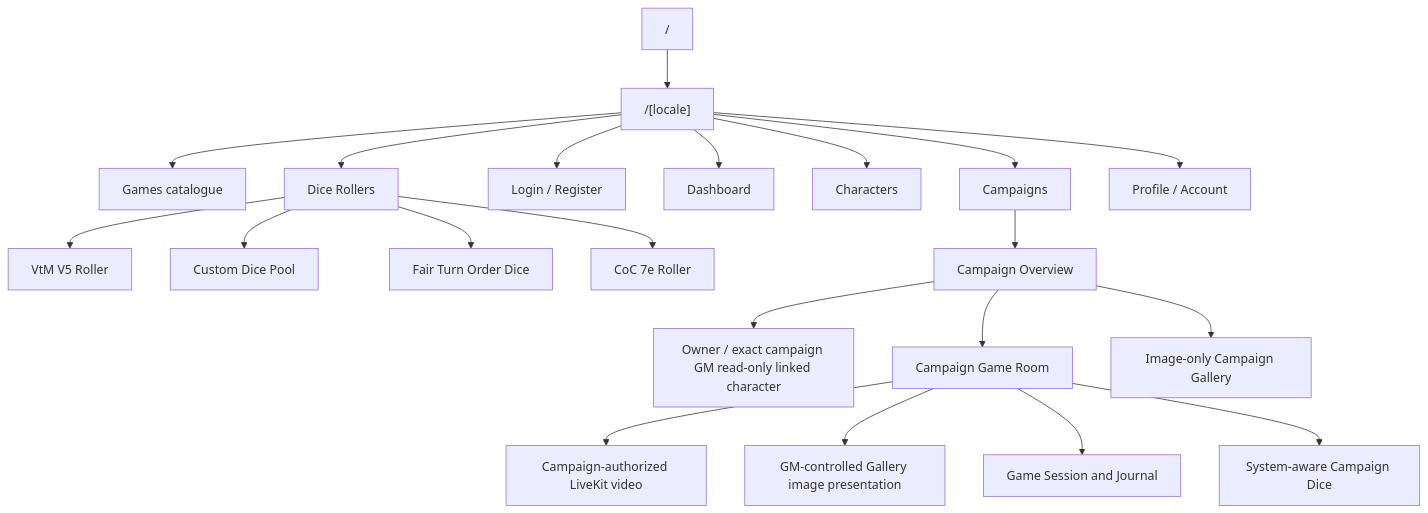
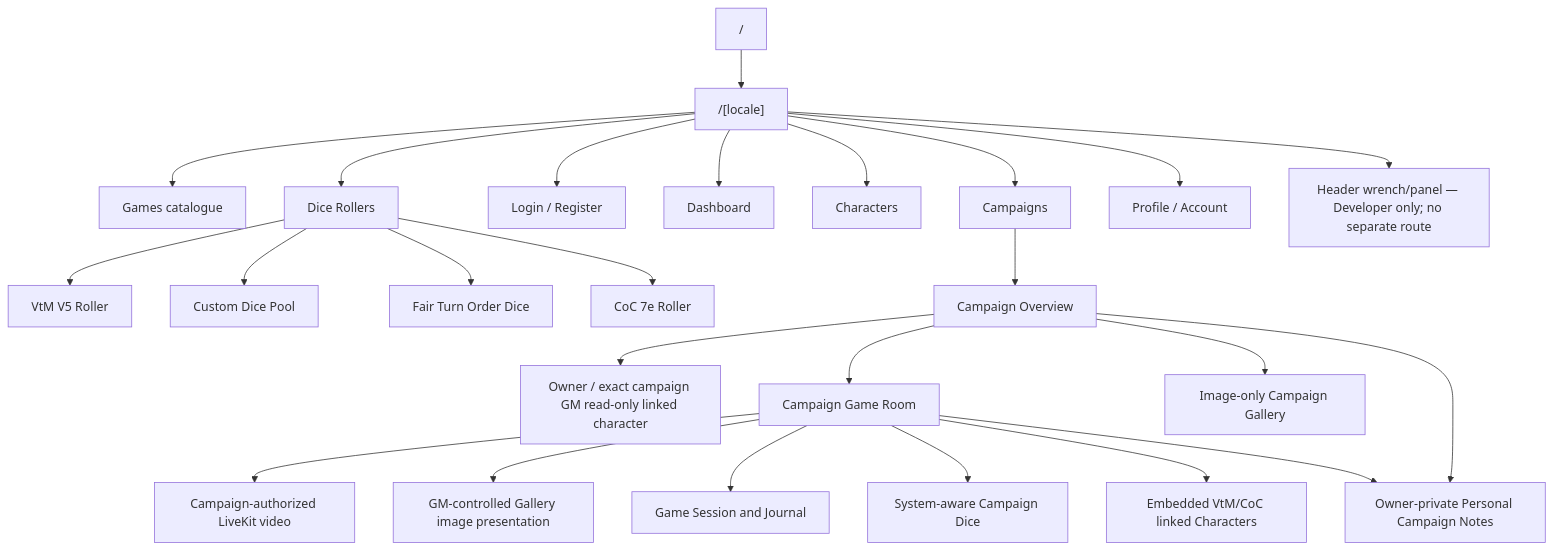
Before and after one commit to Andrey-0101/ttrpg-website: the diagram in docs/product/SITE_MAP.md, drawn with Mermaid. The commit also changed other lines of this file and 21 other files, not shown here.

````diff
--- a/docs/product/SITE_MAP.md
+++ b/docs/product/SITE_MAP.md
@@ -9,23 +9,27 @@
 ```mermaid
 flowchart TD
     ROOT["/"] --> LOCALE["/[locale]"]
     LOCALE --> GAMES["Games catalogue"]
     LOCALE --> DICE["Dice Rollers"]
     LOCALE --> AUTH["Login / Register"]
     LOCALE --> DASHBOARD["Dashboard"]
     LOCALE --> CHARACTERS["Characters"]
     LOCALE --> CAMPAIGNS["Campaigns"]
     LOCALE --> PROFILE["Profile / Account"]
     DICE --> VTM_DICE["VtM V5 Roller"]
     DICE --> CUSTOM_DICE["Custom Dice Pool"]
     DICE --> GO_FIRST_DICE["Fair Turn Order Dice"]
     DICE --> COC_DICE["CoC 7e Roller"]
     CAMPAIGNS --> CAMPAIGN["Campaign Overview"]
     CAMPAIGN --> SHARED_CHARACTER["Owner / exact campaign GM read-only linked character"]
     CAMPAIGN --> GAME_ROOM["Campaign Game Room"]
     CAMPAIGN --> GALLERY["Image-only Campaign Gallery"]
     GAME_ROOM --> VIDEO["Campaign-authorized LiveKit video"]
     GAME_ROOM --> DISPLAY["GM-controlled Gallery image presentation"]
     GAME_ROOM --> SESSION["Game Session and Journal"]
     GAME_ROOM --> SYSTEM_DICE["System-aware Campaign Dice"]
+    GAME_ROOM --> LINKED_CHARACTERS["Embedded VtM/CoC linked Characters"]
+    CAMPAIGN --> NOTES["Owner-private Personal Campaign Notes"]
+    GAME_ROOM --> NOTES
+    LOCALE --> DEVELOPER["Header wrench/panel — Developer only; no separate route"]
 ```
````
